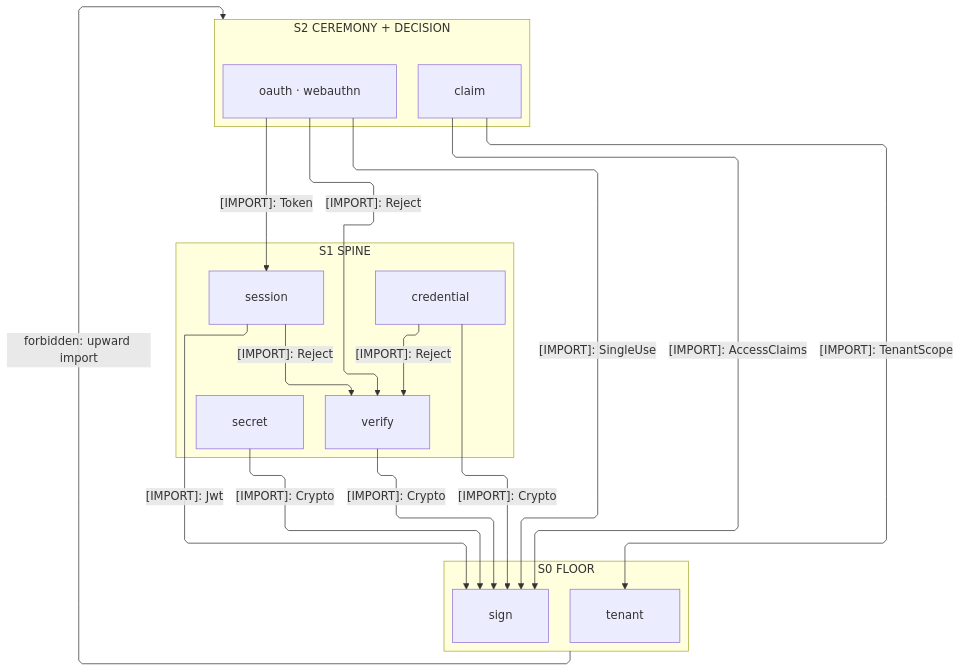
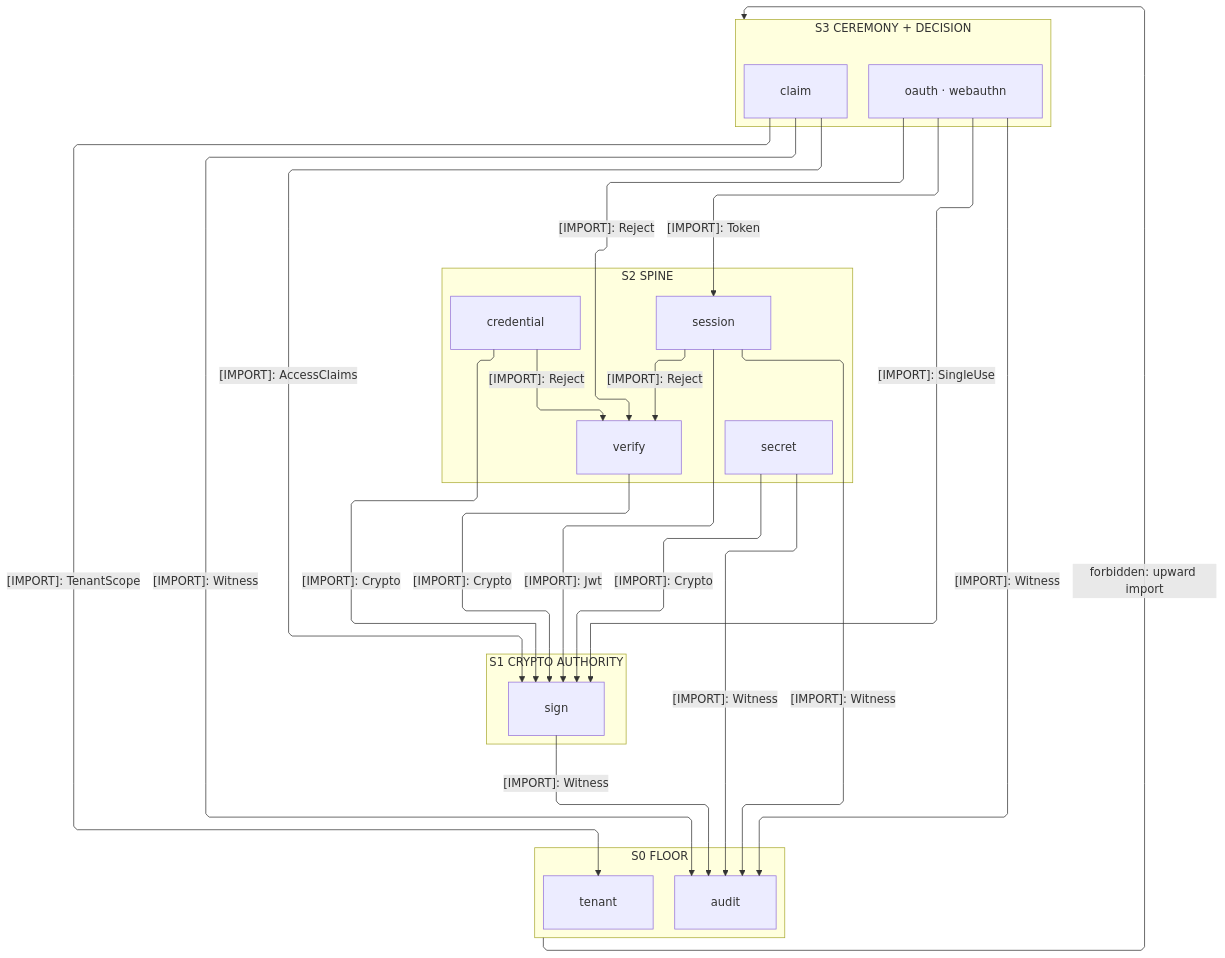
The first of 2 diagrams in libs/typescript/security/ARCHITECTURE.md (bsamiee/Rasm), drawn with Mermaid before and after one commit. The commit also changed other lines of this file and 195 other files, not shown here.

````diff
--- a/libs/typescript/security/ARCHITECTURE.md
+++ b/libs/typescript/security/ARCHITECTURE.md
@@ -30,38 +32,46 @@
 ```mermaid
 ---
 config:
   layout: elk
   flowchart:
     curve: linear
     padding: 25
 ---
 flowchart TB
     accTitle: Security interior import strata
-    accDescr: Three interior waves — ceremonies and the entitlement fold over the verify, secret, session, and credential spine onto the sign and tenant floor — every import downward, labeled edges naming one sourced type each, and one forbidden upward edge styled red.
-    subgraph S2["S2 CEREMONY + DECISION"]
+    accDescr: Four interior waves — ceremonies and the entitlement fold over the verify, secret, session, and credential spine onto the sign authority and the audit and tenant floor — every import downward, labeled edges naming one sourced type each, and one forbidden upward edge styled red.
+    subgraph S3["S3 CEREMONY + DECISION"]
         Ceremony["oauth · webauthn"]
         Claim[claim]
     end
-    subgraph S1["S1 SPINE"]
+    subgraph S2["S2 SPINE"]
         Verify[verify]
         Secret[secret]
         Session[session]
         Credential[credential]
     end
+    subgraph S1["S1 CRYPTO AUTHORITY"]
+        Sign[sign]
+    end
     subgraph S0["S0 FLOOR"]
-        Sign[sign]
+        Audit[audit]
         TenantRef[tenant]
     end
+    Sign e12@-->|"[IMPORT]: Witness"| Audit
     Verify e1@-->|"[IMPORT]: Crypto"| Sign
     Secret e7@-->|"[IMPORT]: Crypto"| Sign
+    Secret e13@-->|"[IMPORT]: Witness"| Audit
     Session e2@-->|"[IMPORT]: Jwt"| Sign
+    Session e14@-->|"[IMPORT]: Witness"| Audit
     Credential e8@-->|"[IMPORT]: Crypto"| Sign
     Ceremony e3@-->|"[IMPORT]: Token"| Session
     Ceremony e4@-->|"[IMPORT]: SingleUse"| Sign
+    Ceremony e15@-->|"[IMPORT]: Witness"| Audit
     Claim e5@-->|"[IMPORT]: AccessClaims"| Sign
     Claim e6@-->|"[IMPORT]: TenantScope"| TenantRef
+    Claim e16@-->|"[IMPORT]: Witness"| Audit
     Session e9@-->|"[IMPORT]: Reject"| Verify
     Credential e10@-->|"[IMPORT]: Reject"| Verify
     Ceremony e11@-->|"[IMPORT]: Reject"| Verify
-    S0 f1@-->|"forbidden: upward import"| S2
+    S0 f1@-->|"forbidden: upward import"| S3
 ```
````
